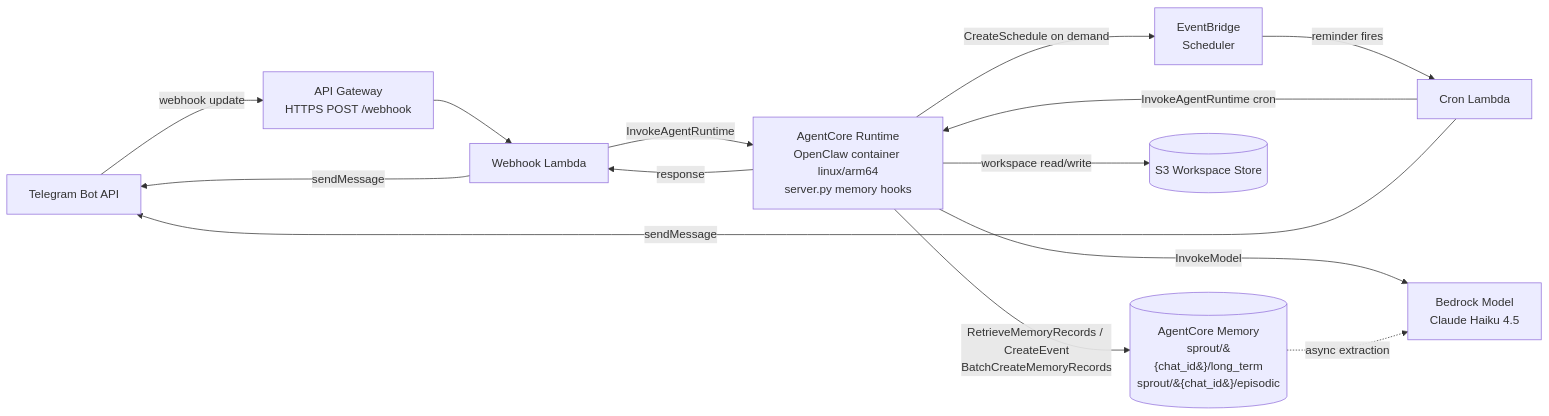
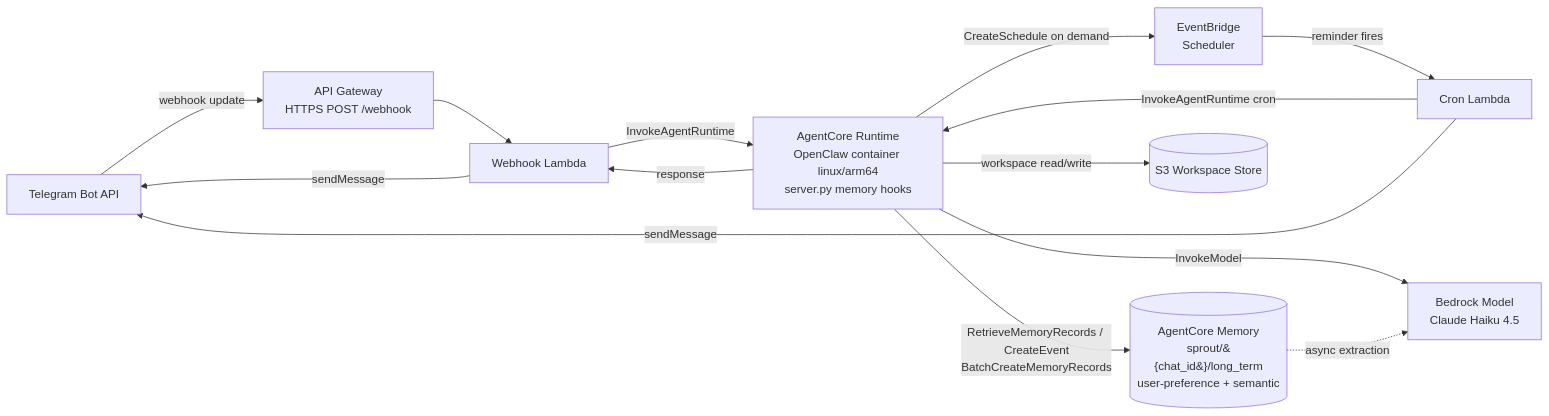
Before and after one commit to aws-samples/sample-agentcore-memory-openclaw: the diagram in README.md, drawn with Mermaid. The commit also changed other lines of this file and 9 other files, not shown here.

````diff
--- a/README.md
+++ b/README.md
@@ -47,25 +47,25 @@
 ```mermaid
 flowchart LR
     TG[Telegram Bot API]
     APIGW[API Gateway<br/>HTTPS POST /webhook]
     WH[Webhook Lambda]
     EB[EventBridge<br/>Scheduler]
     CRON[Cron Lambda]
     RT[AgentCore Runtime<br/>OpenClaw container linux/arm64<br/>server.py memory hooks]
-    MEM[(AgentCore Memory<br/>sprout/&#123;chat_id&#125;/long_term<br/>sprout/&#123;chat_id&#125;/episodic)]
+    MEM[(AgentCore Memory<br/>sprout/&#123;chat_id&#125;/long_term<br/>user-preference + semantic)]
     S3[(S3 Workspace Store)]
     BR[Bedrock Model<br/>Claude Haiku 4.5]
 
     TG -->|webhook update| APIGW --> WH
     WH -->|InvokeAgentRuntime| RT
     RT -->|response| WH -->|sendMessage| TG
 
     RT -->|CreateSchedule on demand| EB
     EB -->|reminder fires| CRON -->|InvokeAgentRuntime cron| RT
     CRON -->|sendMessage| TG
 
     RT -->|RetrieveMemoryRecords / CreateEvent<br/>BatchCreateMemoryRecords| MEM
     RT -->|workspace read/write| S3
     RT -->|InvokeModel| BR
     MEM -. async extraction .-> BR
 ```
````
